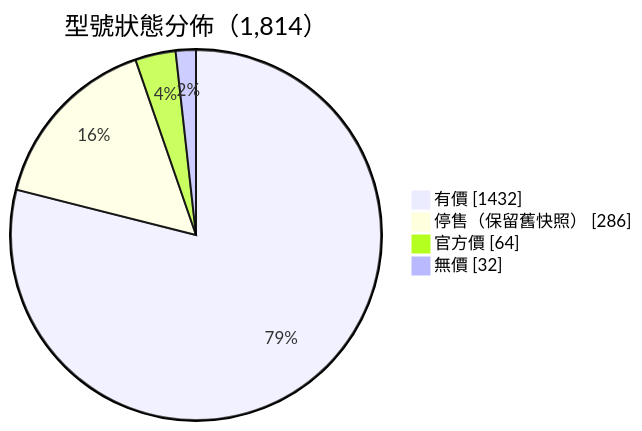
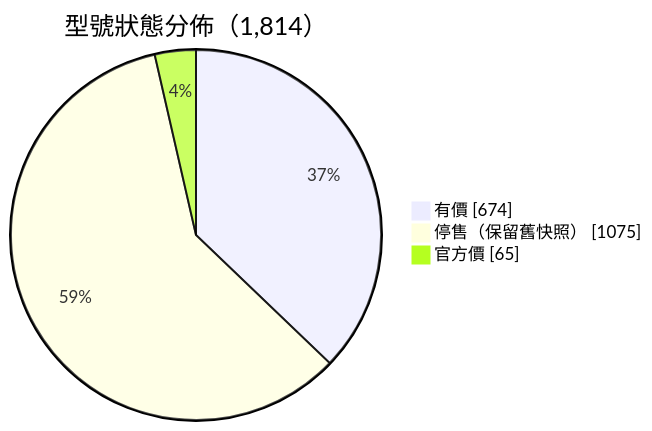
The first of 7 diagrams in README.md (CalvinLau1012/aircon-compare), drawn with Mermaid before and after one commit. The commit also changed other lines of this file and 1 other file, not shown here.

Commit message:
docs: 同步狀態分佈圖同停售數字（canonical 修正後實測）
- README 狀態分佈圖：有價 1432→674、停售 286→1,075、官方價 64→65、無價 32→0
- CHANGELOG 停售 bullet 改為頁面實測 1,075（黑名單 1,079 個可解析品牌 key）
- 實測命令：load_emsd_models + assign_status + core 29 全頁 1,814 型號

````diff
--- a/README.md
+++ b/README.md
@@ -42,7 +42,6 @@
 ```mermaid
 pie showData title 型號狀態分佈（1,814）
-    "有價" : 1432
-    "停售（保留舊快照）" : 286
-    "官方價" : 64
-    "無價" : 32
+    "有價" : 674
+    "停售（保留舊快照）" : 1075
+    "官方價" : 65
 ```
````
